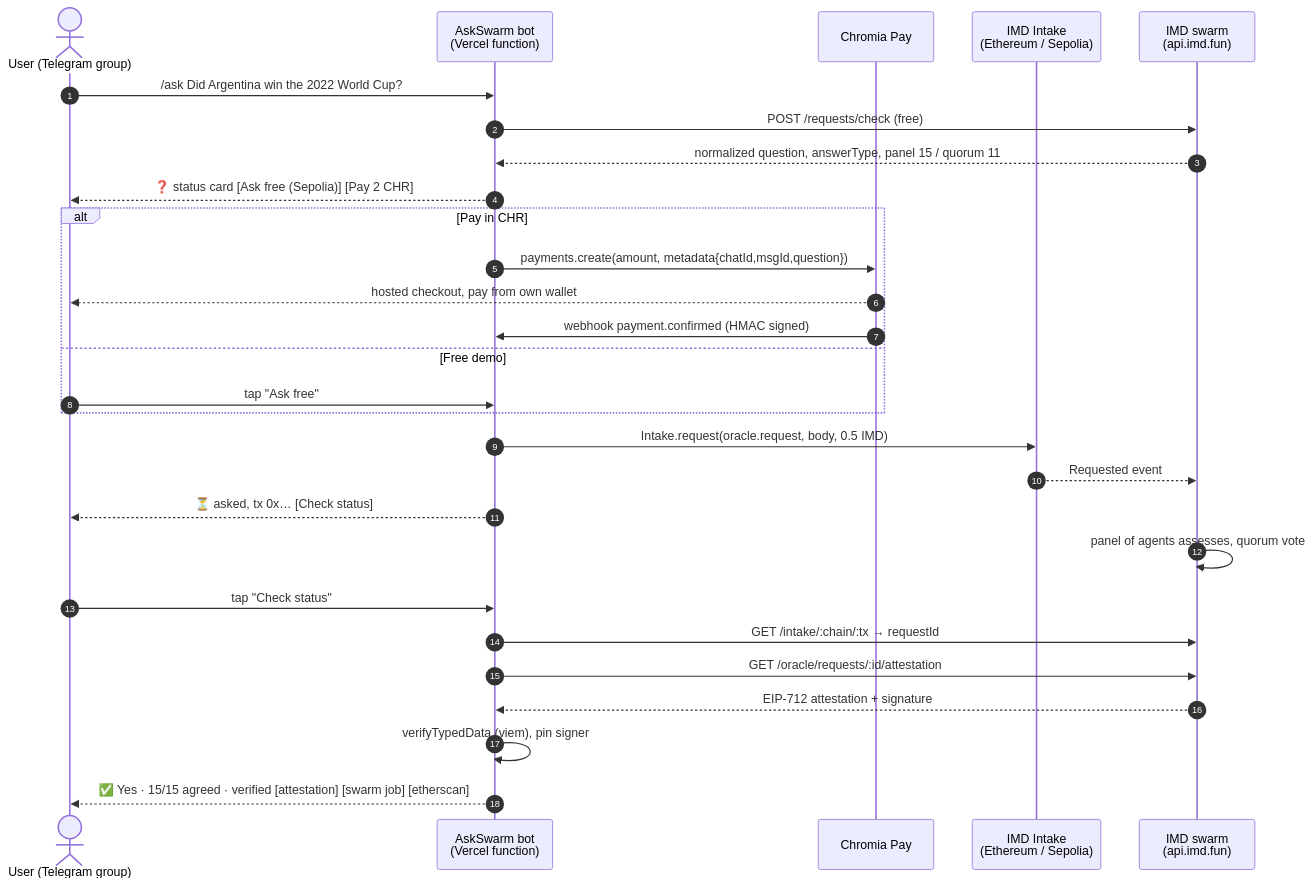
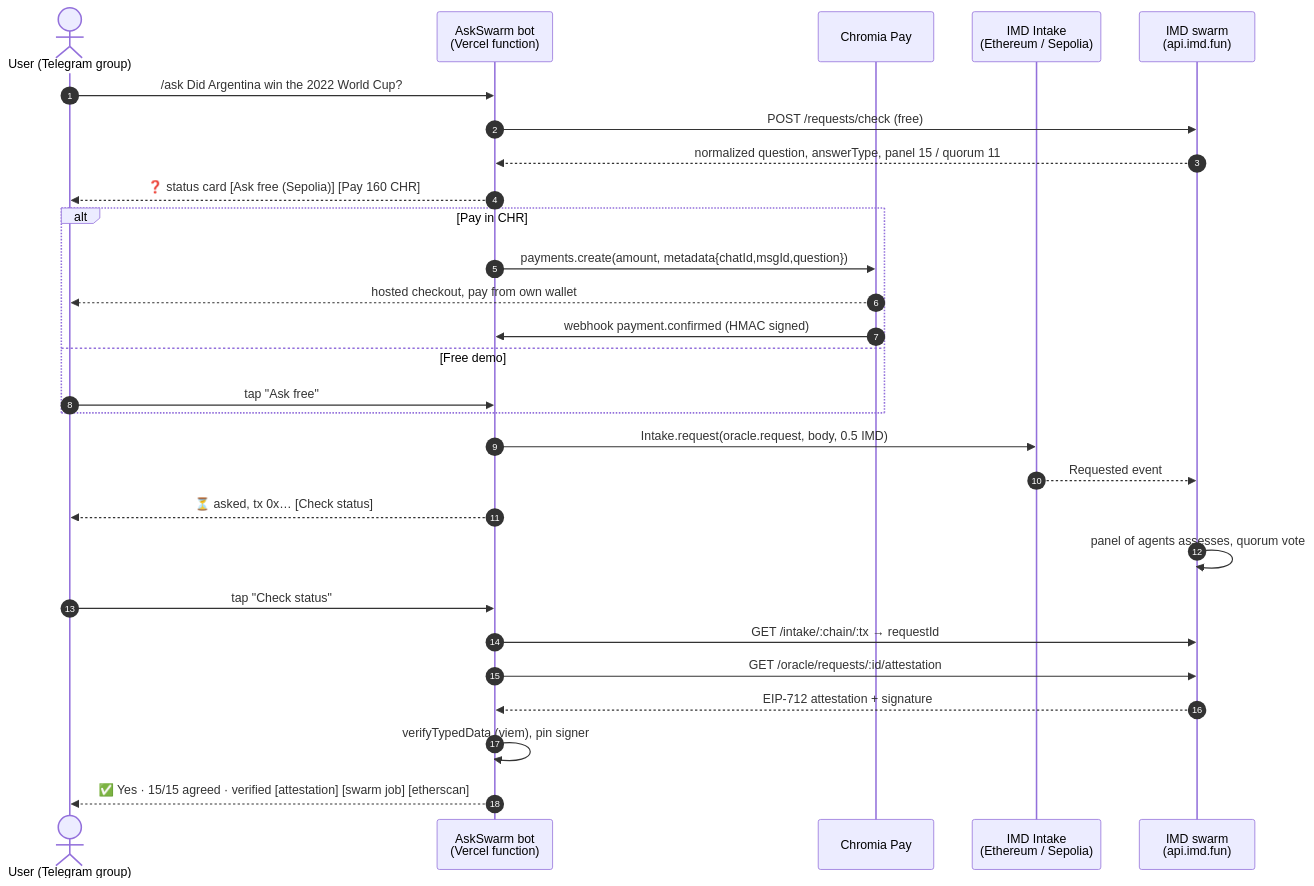
One commit to ChromiaAgents/askswarm changed the first of 3 diagrams in README.md. Above: the diagram before and after it, drawn with Mermaid. The commit also changed 5 other files, not shown here.

Commit message:
price: 160 CHR per ask (~$3.16), covers 0.5 IMD at $5.78 plus gas; re-render brand assets

````diff
--- a/README.md
+++ b/README.md
@@ -13,31 +13,31 @@
 ```mermaid
 sequenceDiagram
     autonumber
     actor U as User (Telegram group)
     participant B as AskSwarm bot<br/>(Vercel function)
     participant P as Chromia Pay
     participant I as IMD Intake<br/>(Ethereum / Sepolia)
     participant S as IMD swarm<br/>(api.imd.fun)
 
     U->>B: /ask Did Argentina win the 2022 World Cup?
     B->>S: POST /requests/check (free)
     S-->>B: normalized question, answerType, panel 15 / quorum 11
-    B-->>U: ❓ status card  [Ask free (Sepolia)] [Pay 2 CHR]
+    B-->>U: ❓ status card  [Ask free (Sepolia)] [Pay 160 CHR]
     alt Pay in CHR
         B->>P: payments.create(amount, metadata{chatId,msgId,question})
         P-->>U: hosted checkout, pay from own wallet
         P->>B: webhook payment.confirmed (HMAC signed)
     else Free demo
         U->>B: tap "Ask free"
     end
     B->>I: Intake.request(oracle.request, body, 0.5 IMD)
     I-->>S: Requested event
     B-->>U: ⏳ asked, tx 0x…  [Check status]
     S->>S: panel of agents assesses, quorum vote
     U->>B: tap "Check status"
     B->>S: GET /intake/:chain/:tx → requestId
     B->>S: GET /oracle/requests/:id/attestation
     S-->>B: EIP-712 attestation + signature
     B->>B: verifyTypedData (viem), pin signer
     B-->>U: ✅ Yes · 15/15 agreed · verified  [attestation] [swarm job] [etherscan]
 ```
````
